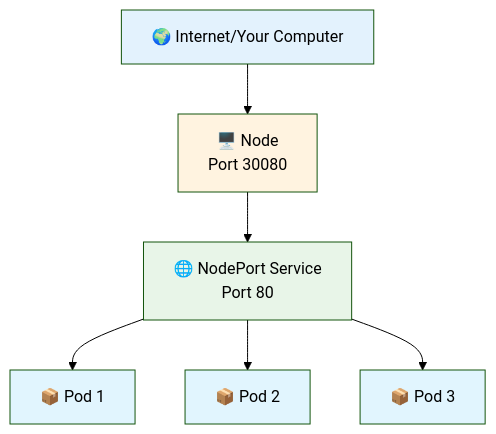
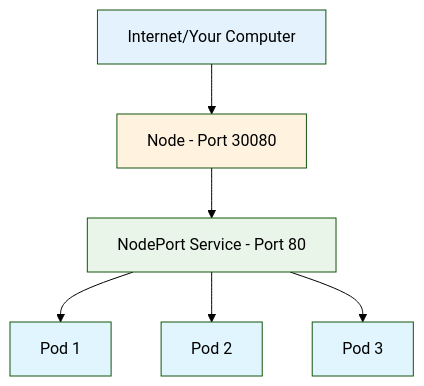
Before and after one commit to manikcloud/cloud-devops-learning-path: diagram 13 of 26 in Section-2-DevOps/Session-7_Kubernetes/04-services-networking/README-FULL.md, drawn with Mermaid (forest theme). The commit also changed other lines of this file and 1 other file, not shown here.

First line of the commit message:
Fix remaining mermaid diagram syntax errors in both README files

````diff
--- a/Section-2-DevOps/Session-7_Kubernetes/04-services-networking/README-FULL.md
+++ b/Section-2-DevOps/Session-7_Kubernetes/04-services-networking/README-FULL.md
@@ -598,15 +598,15 @@
 ```mermaid
 graph TB
-    INTERNET[🌍 Internet/Your Computer] --> NODE[🖥️ Node<br/>Port 30080]
-    NODE --> SERVICE[🌐 NodePort Service<br/>Port 80]
-    SERVICE --> POD1[📦 Pod 1]
-    SERVICE --> POD2[📦 Pod 2]
-    SERVICE --> POD3[📦 Pod 3]
+    INTERNET[Internet/Your Computer] --> NODE[Node - Port 30080]
+    NODE --> SERVICE[NodePort Service - Port 80]
+    SERVICE --> POD1[Pod 1]
+    SERVICE --> POD2[Pod 2]
+    SERVICE --> POD3[Pod 3]
     
     style INTERNET fill:#e3f2fd
     style NODE fill:#fff3e0
     style SERVICE fill:#e8f5e8
     style POD1 fill:#e1f5fe
     style POD2 fill:#e1f5fe
     style POD3 fill:#e1f5fe
 ```
````
